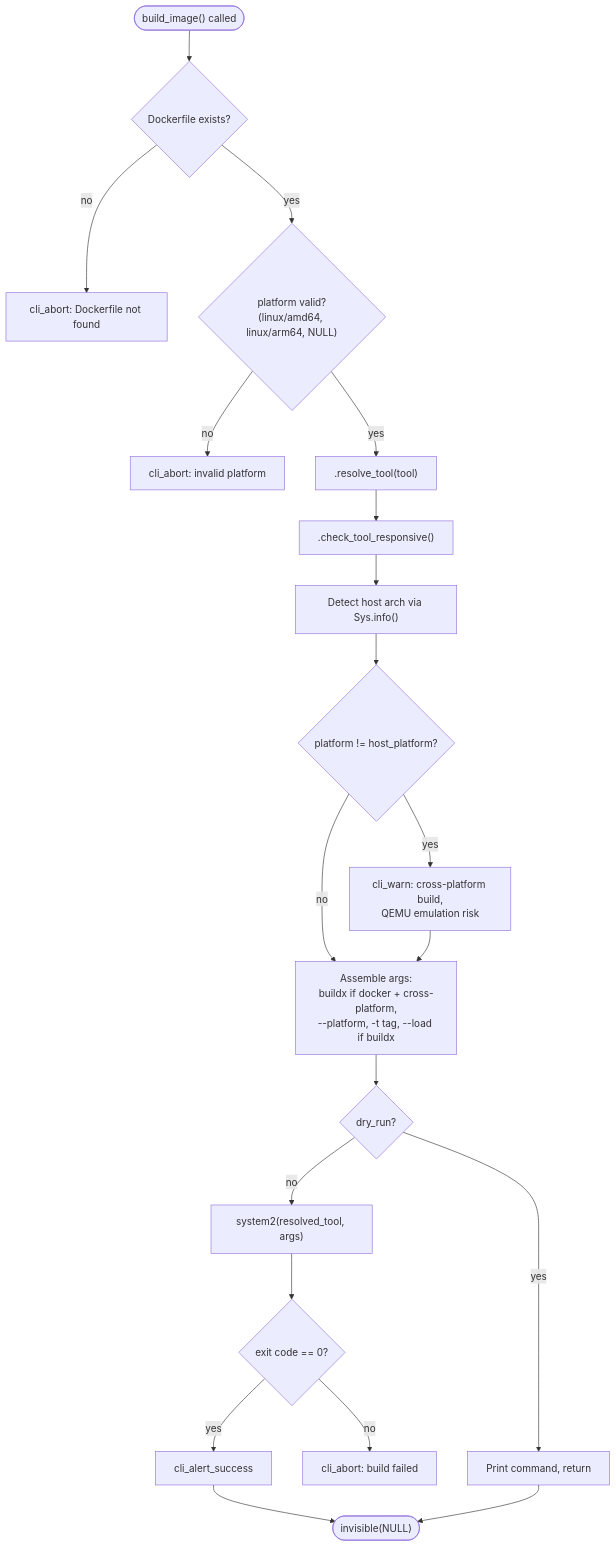
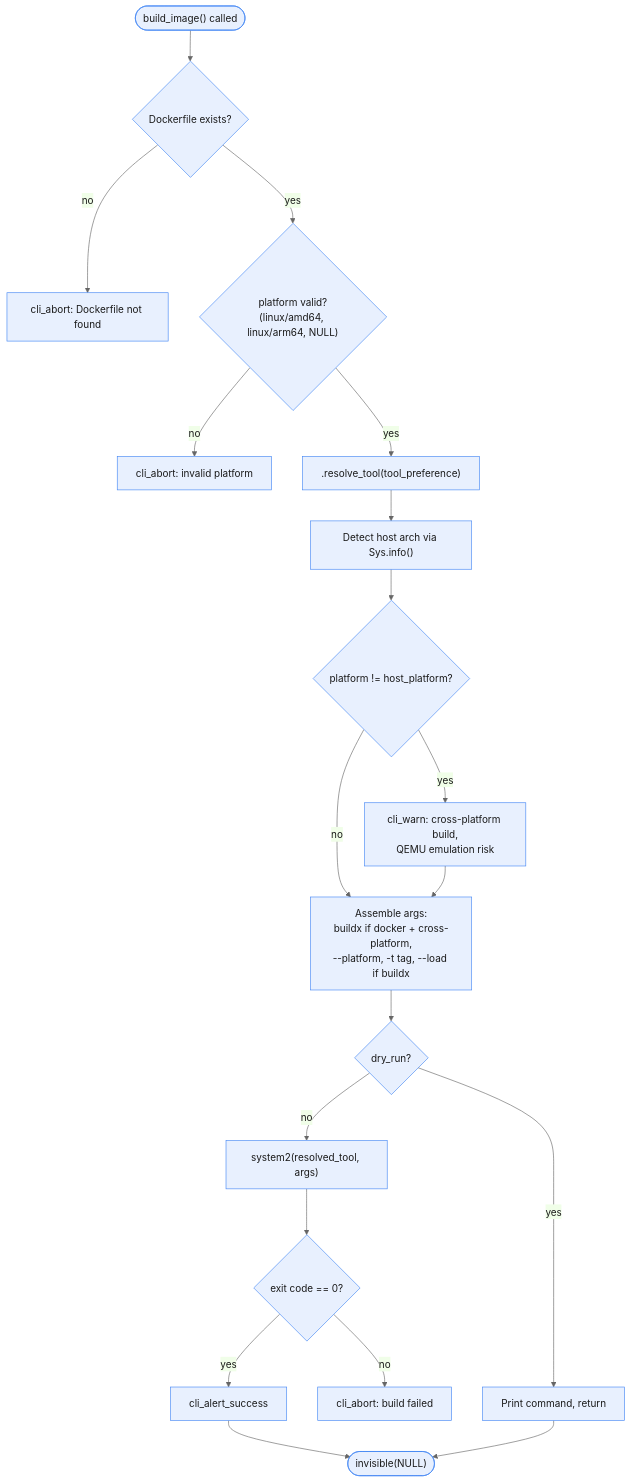
The fourth of 8 diagrams in diagrams.qmd (erwinlares/containr), drawn with Mermaid before and after one commit. The commit also changed other lines of this file, not shown here.

Commit message:
updated: diagrams.qmd to better understand the package codebase

````diff
--- a/diagrams.qmd
+++ b/diagrams.qmd
@@ -172,22 +189,22 @@
 ```{mermaid}
+%%{init: {'theme': 'base', 'themeVariables': {'background': '#ffffff', 'primaryColor': '#e8f0fe', 'primaryTextColor': '#1a1a1a', 'primaryBorderColor': '#4285f4', 'lineColor': '#666666'}}}%%
 flowchart TD
     Start(["build_image() called"]) --> FileCheck{"Dockerfile exists?"}
     FileCheck -- no --> Abort1["cli_abort: Dockerfile not found"]
     FileCheck -- yes --> PlatCheck{"platform valid?\n(linux/amd64, linux/arm64, NULL)"}
     PlatCheck -- no --> Abort2["cli_abort: invalid platform"]
-    PlatCheck -- yes --> Resolve[".resolve_tool(tool)"]
-    Resolve --> CheckResp[".check_tool_responsive()"]
-    CheckResp --> ArchDetect["Detect host arch via Sys.info()"]
+    PlatCheck -- yes --> Resolve[".resolve_tool(tool_preference)"]
+    Resolve --> ArchDetect["Detect host arch via Sys.info()"]
     ArchDetect --> CrossCheck{"platform != host_platform?"}
     CrossCheck -- yes --> WarnCross["cli_warn: cross-platform build,\nQEMU emulation risk"]
     CrossCheck -- no --> AssembleArgs
     WarnCross --> AssembleArgs["Assemble args:\nbuildx if docker + cross-platform,\n--platform, -t tag, --load if buildx"]
     AssembleArgs --> DryRun{"dry_run?"}
     DryRun -- yes --> Preview["Print command, return"]
     DryRun -- no --> Exec["system2(resolved_tool, args)"]
     Exec --> ExitCheck{"exit code == 0?"}
     ExitCheck -- no --> Abort3["cli_abort: build failed"]
     ExitCheck -- yes --> Success["cli_alert_success"]
     Success --> End(["invisible(NULL)"])
     Preview --> End
 ```
````
